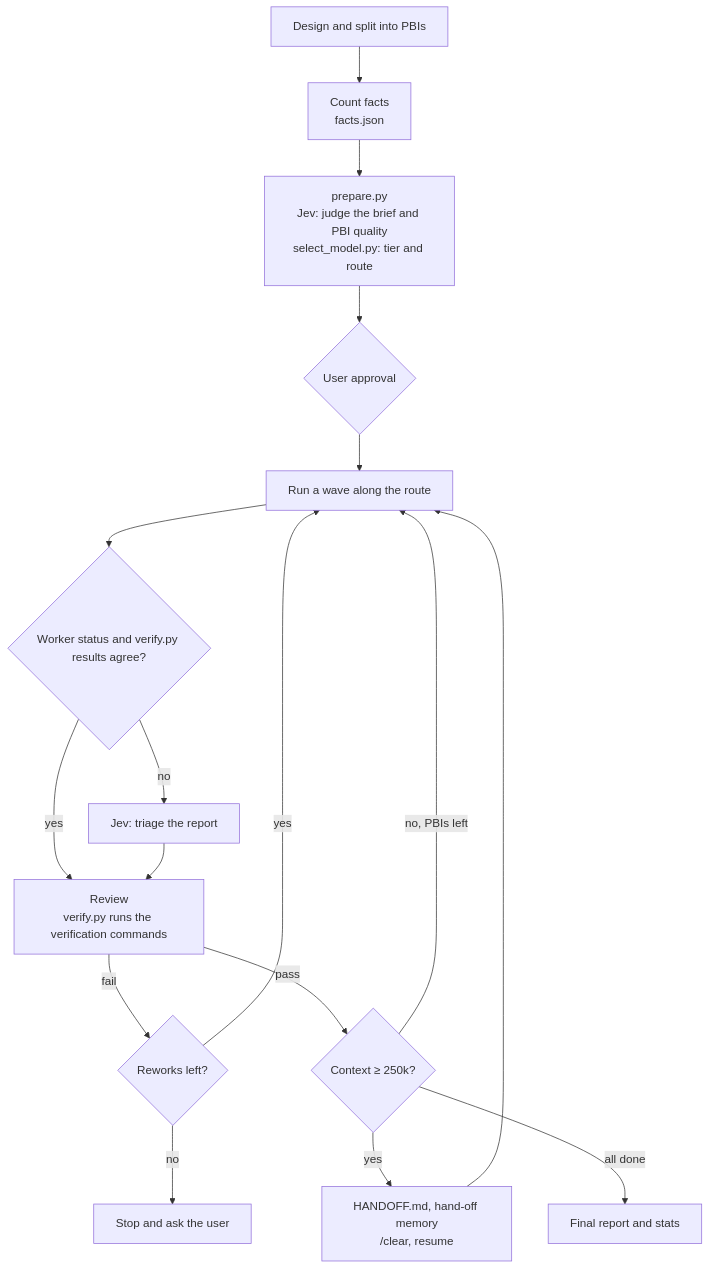
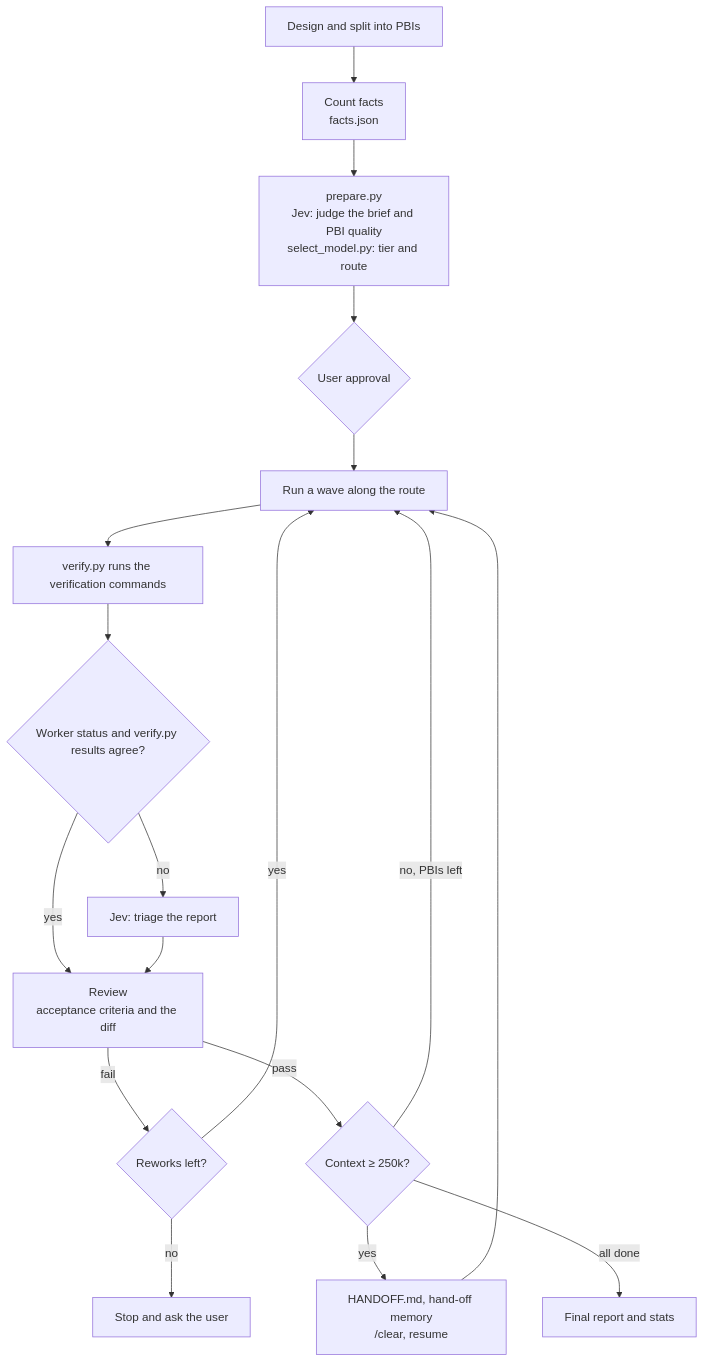
The diagram in README.md (reeschan/atelier), drawn with Mermaid before and after one commit. The commit also changed other lines of this file and 2 other files, not shown here.

Commit message:
Run verify.py before the status check in the Flow chart; stop fixing dsh effort values
Two README fixes in the same files: the chart now shows verify.py producing the result that is compared with the worker's status before Jev is asked. The dsh notes (README and runners.md) no longer list a fixed set of effort values, since they depend on the provider and the installed dsh version; omitting effort omits reasoningEffort.

````diff
--- a/README.md
+++ b/README.md
@@ -40,19 +40,20 @@
 ```mermaid
 flowchart TD
   A[Design and split into PBIs] --> B[Count facts<br/>facts.json]
   B --> C[prepare.py<br/>Jev: judge the brief and PBI quality<br/>select_model.py: tier and route]
   C --> F{User approval}
   F --> G[Run a wave along the route]
-  G --> H{Worker status and verify.py results agree?}
+  G --> V[verify.py runs the verification commands]
+  V --> H{Worker status and verify.py results agree?}
   H -->|no| H2[Jev: triage the report]
   H -->|yes| I
-  H2 --> I[Review<br/>verify.py runs the verification commands]
+  H2 --> I[Review<br/>acceptance criteria and the diff]
   I -->|fail| K{Reworks left?}
   K -->|yes| G
   K -->|no| L[Stop and ask the user]
   I -->|pass| M{Context ≥ 250k?}
   M -->|no, PBIs left| G
   M -->|yes| N[HANDOFF.md, hand-off memory<br/>/clear, resume]
   N --> G
   M -->|all done| J[Final report and stats]
 ```
````
